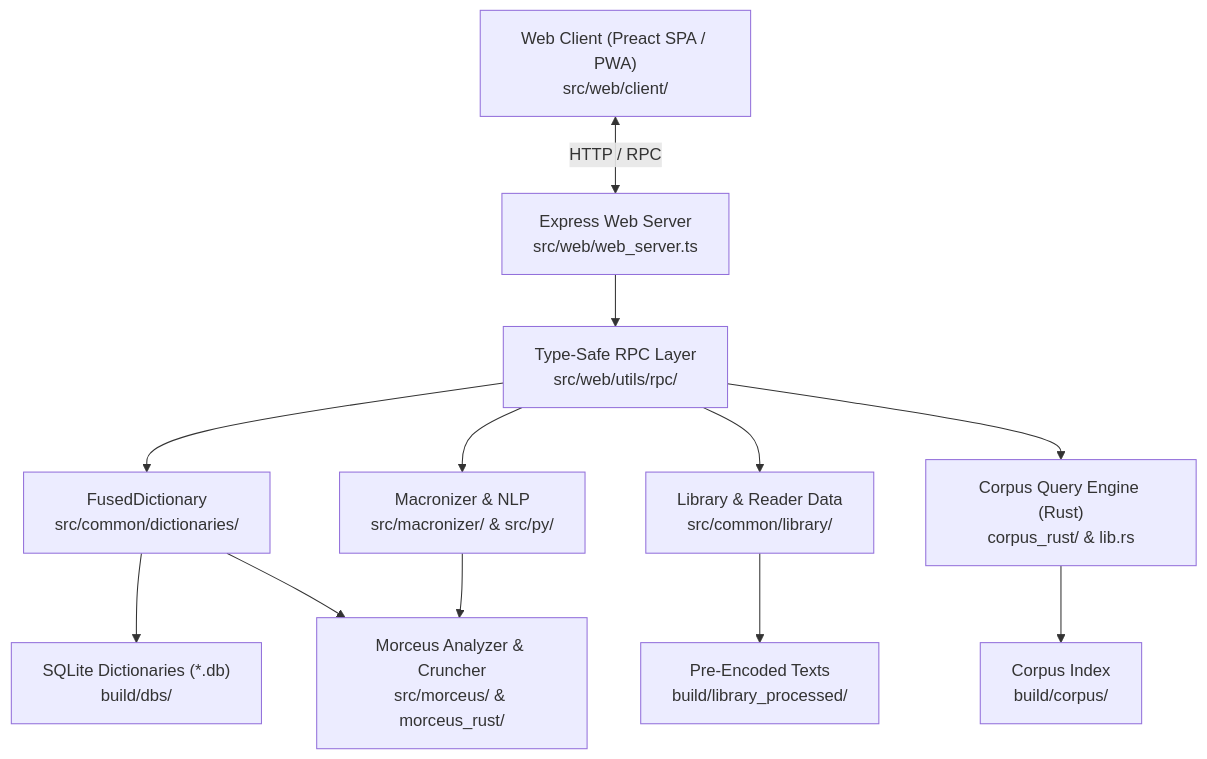
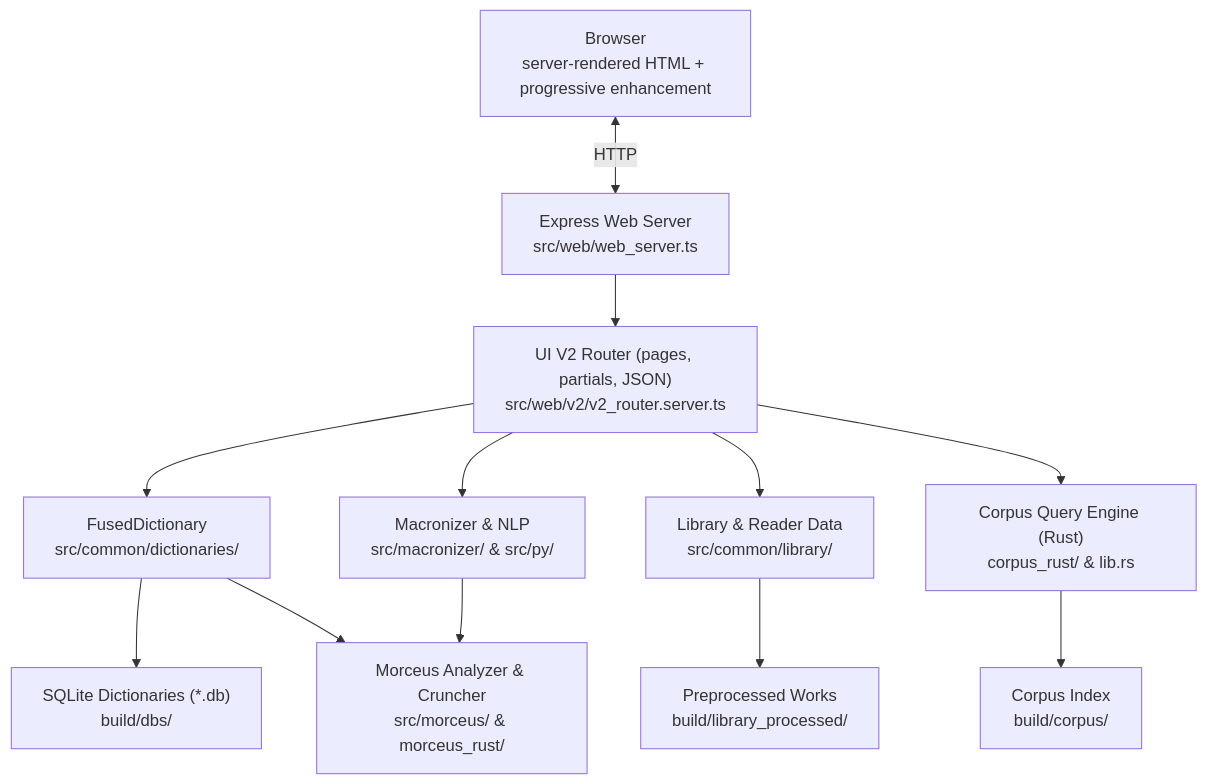
One commit to nkprasad12/morcus-net changed the diagram in ARCHITECTURE.md. Above: the diagram before and after it, drawn with Mermaid. The commit also changed other lines of this file and 6 other files, not shown here.

````diff
--- a/ARCHITECTURE.md
+++ b/ARCHITECTURE.md
@@ -18,32 +18,32 @@
 ```mermaid
 graph TD
-    Client["Web Client (Preact SPA / PWA)<br/>src/web/client/"]
+    Browser["Browser<br/>server-rendered HTML + progressive enhancement"]
     Server["Express Web Server<br/>src/web/web_server.ts"]
-    RPC["Type-Safe RPC Layer<br/>src/web/utils/rpc/"]
+    V2["UI V2 Router (pages, partials, JSON)<br/>src/web/v2/v2_router.server.ts"]
 
     FusedDict["FusedDictionary<br/>src/common/dictionaries/"]
     SQLite["SQLite Dictionaries (*.db)<br/>build/dbs/"]
 
     Morceus["Morceus Analyzer & Cruncher<br/>src/morceus/ & morceus_rust/"]
 
     Library["Library & Reader Data<br/>src/common/library/"]
-    LibraryStorage["Pre-Encoded Texts<br/>build/library_processed/"]
+    LibraryStorage["Preprocessed Works<br/>build/library_processed/"]
 
     Corpus["Corpus Query Engine (Rust)<br/>corpus_rust/ & lib.rs"]
     CorpusData["Corpus Index<br/>build/corpus/"]
 
     Macronizer["Macronizer & NLP<br/>src/macronizer/ & src/py/"]
 
-    Client <-->|HTTP / RPC| Server
-    Server --> RPC
-    RPC --> FusedDict
-    RPC --> Library
-    RPC --> Corpus
-    RPC --> Macronizer
+    Browser <-->|HTTP| Server
+    Server --> V2
+    V2 --> FusedDict
+    V2 --> Library
+    V2 --> Corpus
+    V2 --> Macronizer
 
     FusedDict --> SQLite
     FusedDict --> Morceus
     Library --> LibraryStorage
     Corpus --> CorpusData
     Macronizer --> Morceus
 ```
````
